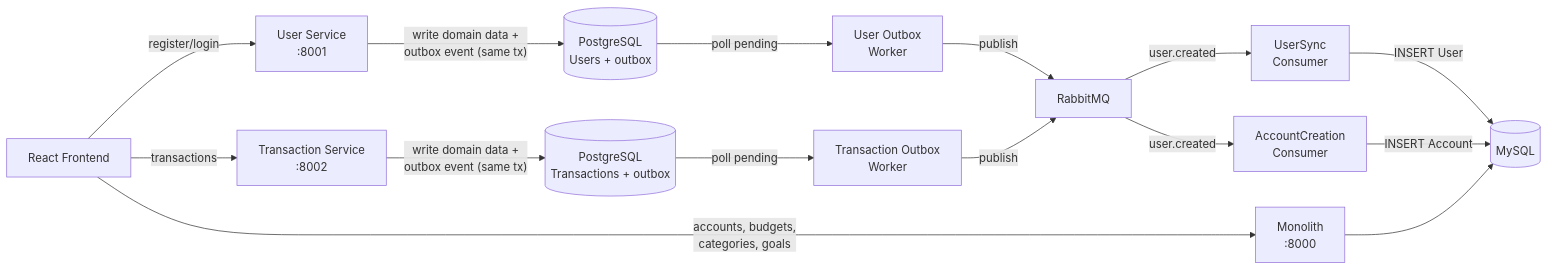
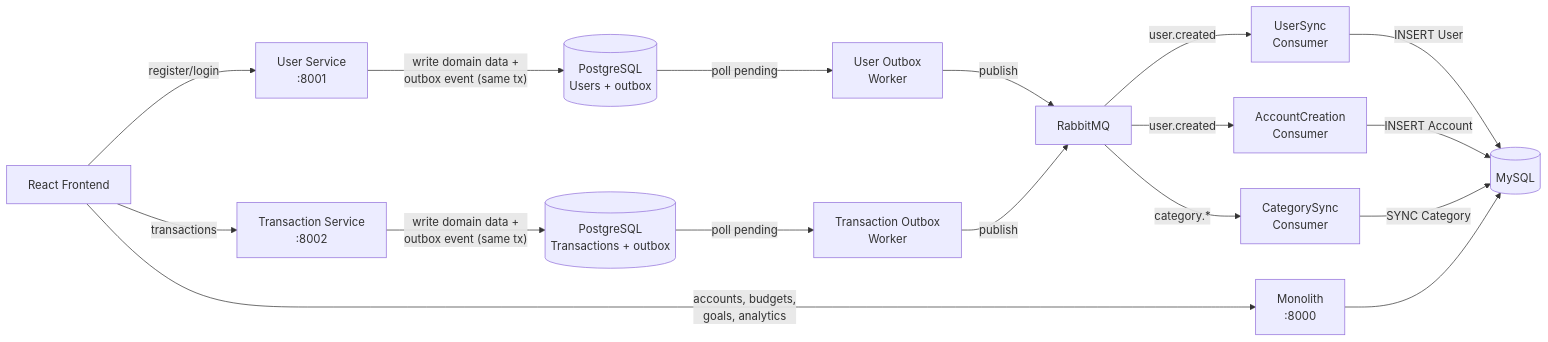
Before and after one commit to Jothom2912/Finance-Tracker: the first of 3 diagrams in README.md, drawn with Mermaid. The commit also changed other lines of this file and 15 other files, not shown here.

````diff
--- a/README.md
+++ b/README.md
@@ -82,23 +83,25 @@
 ```mermaid
 graph LR
     FE[React Frontend] -->|register/login| US[User Service<br/>:8001]
     FE -->|transactions| TS[Transaction Service<br/>:8002]
-    FE -->|accounts, budgets,<br/>categories, goals| MON[Monolith<br/>:8000]
+    FE -->|accounts, budgets,<br/>goals, analytics| MON[Monolith<br/>:8000]
 
     US -->|"write domain data +<br/>outbox event (same tx)"| PG_U[(PostgreSQL<br/>Users + outbox)]
     TS -->|"write domain data +<br/>outbox event (same tx)"| PG_T[(PostgreSQL<br/>Transactions + outbox)]
 
     PG_U -->|poll pending| UOW[User Outbox<br/>Worker]
     PG_T -->|poll pending| TOW[Transaction Outbox<br/>Worker]
 
     UOW -->|publish| RMQ[RabbitMQ]
     TOW -->|publish| RMQ
 
     RMQ -->|user.created| USC[UserSync<br/>Consumer]
     RMQ -->|user.created| ACC[AccountCreation<br/>Consumer]
+    RMQ -->|category.*| CSC[CategorySync<br/>Consumer]
 
     USC -->|INSERT User| MYSQL[(MySQL)]
     ACC -->|INSERT Account| MYSQL
+    CSC -->|SYNC Category| MYSQL
 
     MON --> MYSQL
 ```
````
